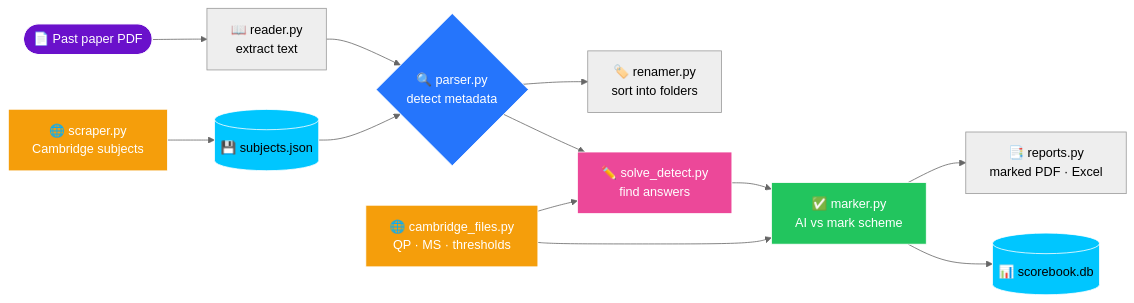
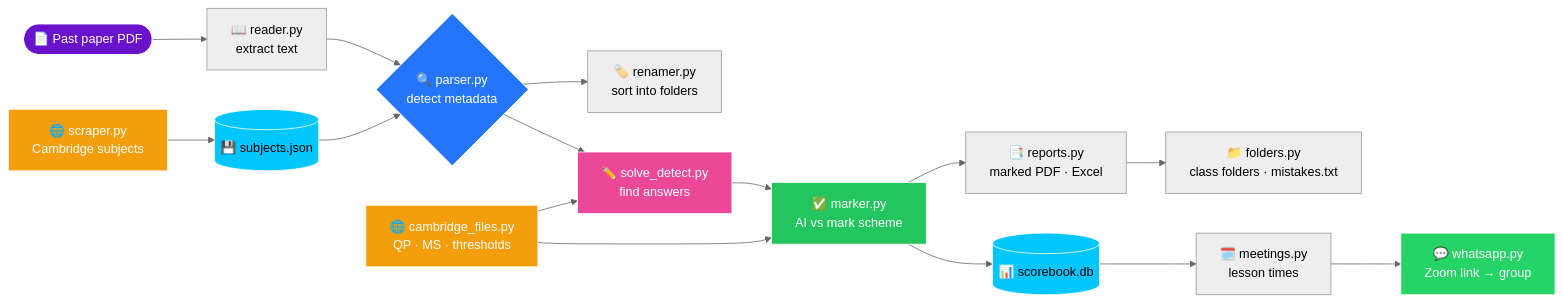
One commit to Sigmaboois/exam-organizer-v3 changed the first of 2 diagrams in README.md. Above: the diagram before and after it, drawn with Mermaid (neutral theme). The commit also changed other lines of this file and 53 other files, not shown here.

````diff
--- a/README.md
+++ b/README.md
@@ -121,23 +137,27 @@
 ```mermaid
 flowchart LR
     A([📄 Past paper PDF]) --> B[📖 reader.py<br/>extract text]
     B --> C{🔍 parser.py<br/>detect metadata}
     S[🌐 scraper.py<br/>Cambridge subjects] --> J[(💾 subjects.json)]
     J --> C
     C --> D[🏷️ renamer.py<br/>sort into folders]
     C --> E[✏️ solve_detect.py<br/>find answers]
     E --> F[✅ marker.py<br/>AI vs mark scheme]
     O[🌐 cambridge_files.py<br/>QP · MS · thresholds] --> E
     O --> F
     F --> G[📑 reports.py<br/>marked PDF · Excel]
     F --> H[(📊 scorebook.db)]
+    G --> K[📁 folders.py<br/>class folders · mistakes.txt]
+    H --> L[🗓️ meetings.py<br/>lesson times]
+    L --> W[💬 whatsapp.py<br/>Zoom link → group]
 
     style A fill:#6a11cb,stroke:#fff,color:#fff
     style C fill:#2575fc,stroke:#fff,color:#fff
     style J fill:#00c6ff,stroke:#fff,color:#000
     style H fill:#00c6ff,stroke:#fff,color:#000
     style S fill:#f59e0b,stroke:#fff,color:#fff
     style O fill:#f59e0b,stroke:#fff,color:#fff
     style E fill:#ec4899,stroke:#fff,color:#fff
     style F fill:#22c55e,stroke:#fff,color:#fff
+    style W fill:#25d366,stroke:#fff,color:#fff
 ```
````
